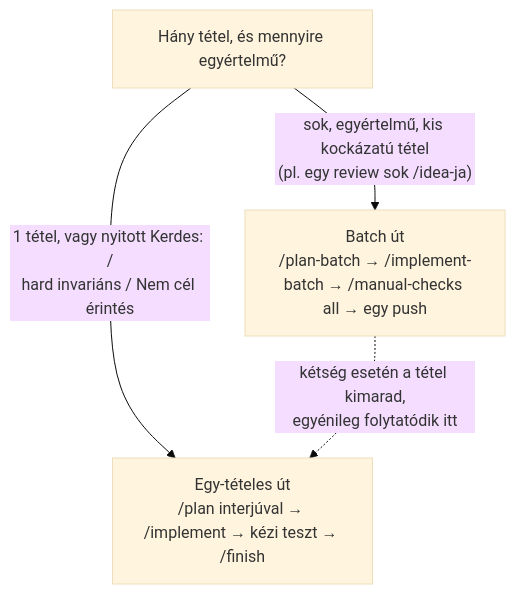
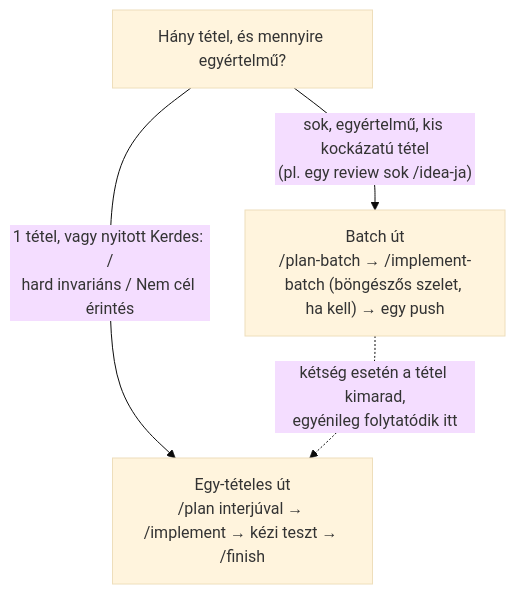
One commit to pkormoczi/dental-plan changed the first of 3 diagrams in backlog/README.md. Above: the diagram before and after it, drawn with Mermaid (base theme). The commit also changed other lines of this file and 11 other files, not shown here.

First line of the commit message:
workflow: /manual-checks feltétellel a batch-ban, close.mjs nem söpri be az idegen untracked fájlt

````diff
--- a/backlog/README.md
+++ b/backlog/README.md
@@ -69,7 +69,7 @@
 ```mermaid
 flowchart TD
     Q["Hány tétel, és mennyire egyértelmű?"]
     Q -->|"1 tétel, vagy nyitott Kerdes: /<br/>hard invariáns / Nem cél érintés"| Std["Egy-tételes út<br/>/plan interjúval → /implement → kézi teszt → /finish"]
-    Q -->|"sok, egyértelmű, kis kockázatú tétel<br/>(pl. egy review sok /idea-ja)"| Batch["Batch út<br/>/plan-batch → /implement-batch → /manual-checks all → egy push"]
+    Q -->|"sok, egyértelmű, kis kockázatú tétel<br/>(pl. egy review sok /idea-ja)"| Batch["Batch út<br/>/plan-batch → /implement-batch (böngészős szelet, ha kell) → egy push"]
     Batch -.->|"kétség esetén a tétel kimarad,<br/>egyénileg folytatódik itt"| Std
 ```
````
